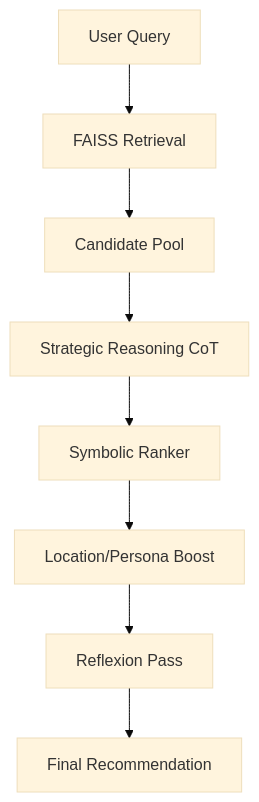
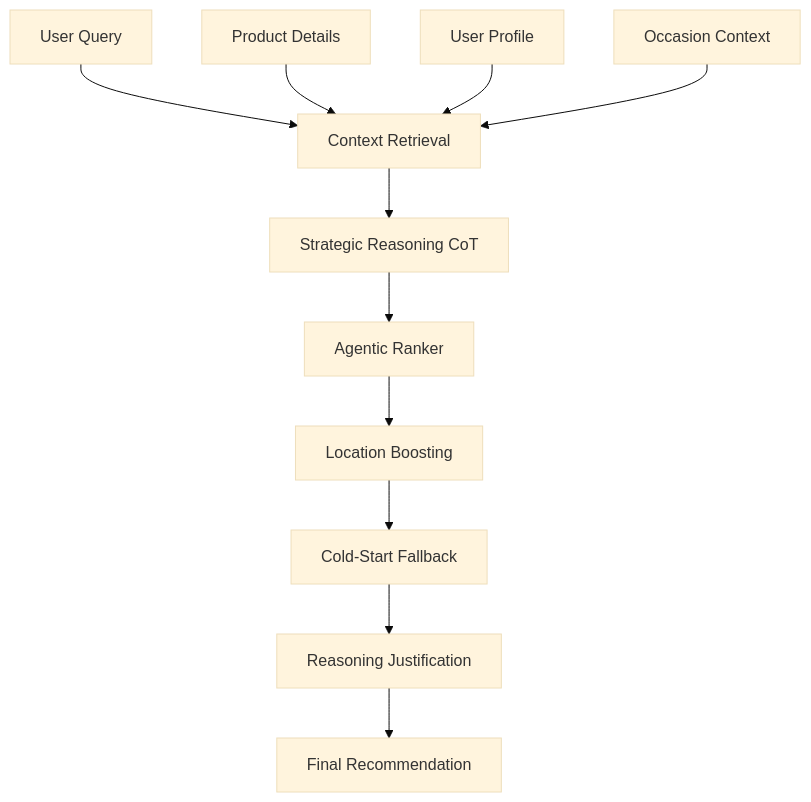
Before and after one commit to jamesadewara/AnD-workspace: the diagram in README.md, drawn with Mermaid (base theme). The commit also changed other lines of this file, not shown here.

````diff
--- a/README.md
+++ b/README.md
@@ -71,10 +75,14 @@
 ```mermaid
 graph TD
-    A[User Query] --> B[FAISS Retrieval]
-    B --> C[Candidate Pool]
-    C --> D[Strategic Reasoning CoT]
-    D --> E[Symbolic Ranker]
-    E --> F[Location/Persona Boost]
-    F --> G[Reflexion Pass]
+    A[User Query] --> B[Context Retrieval]
+    B --> C[Strategic Reasoning CoT]
+    C --> D[Agentic Ranker]
+    D --> E[Location Boosting]
+    E --> F[Cold-Start Fallback]
+    F --> G[Reasoning Justification]
     G --> H[Final Recommendation]
+    
+    I[Product Details] --> B
+    J[User Profile] --> B
+    K[Occasion Context] --> B
 ```
````
